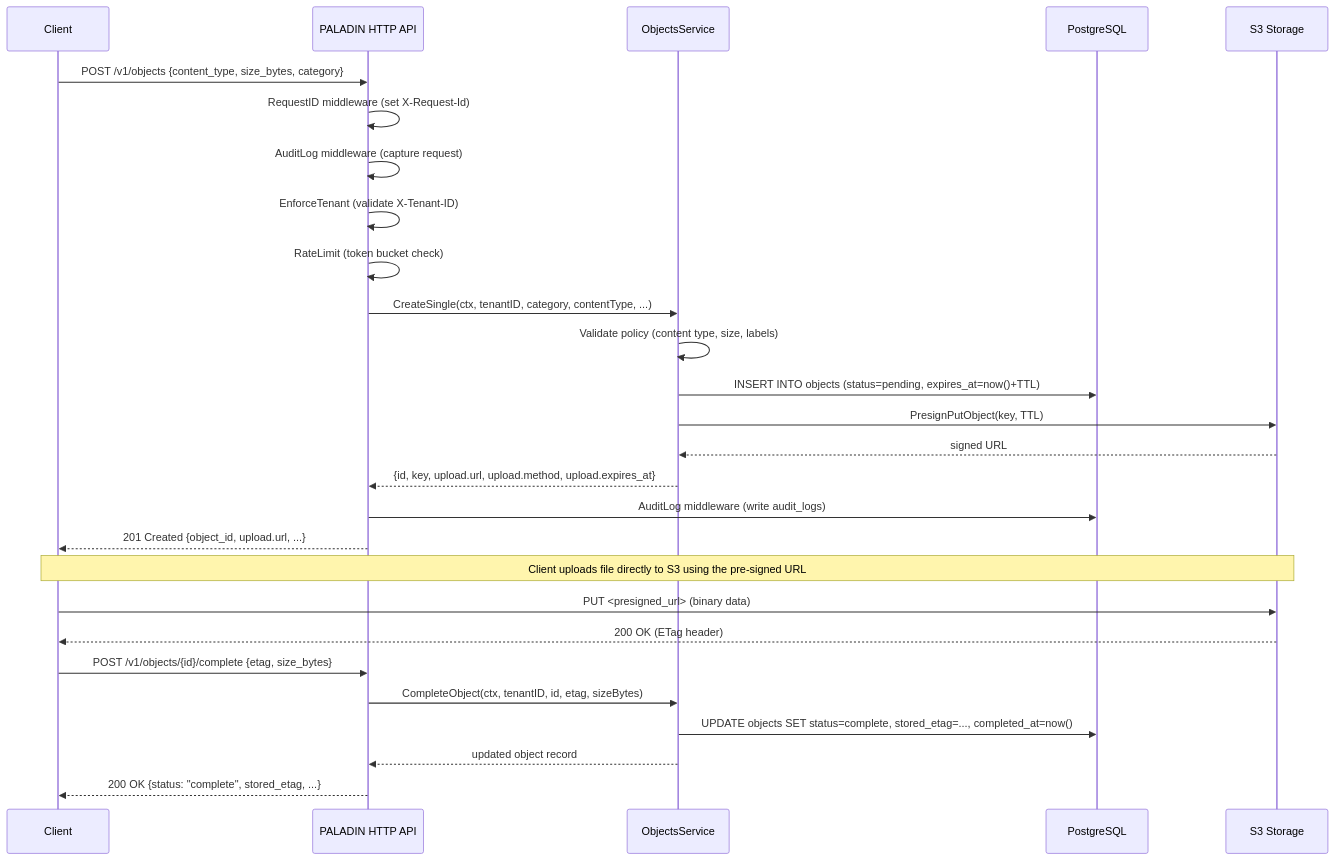
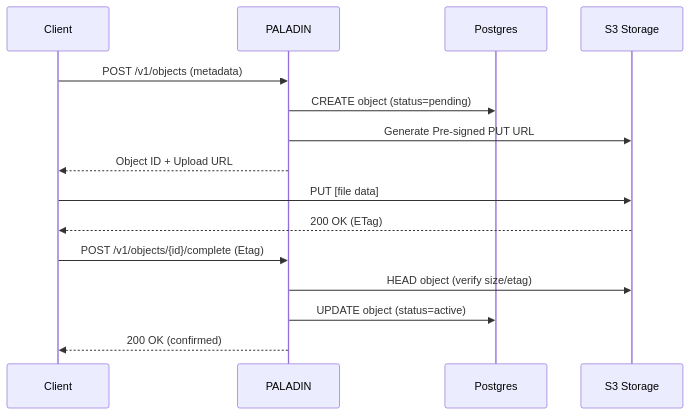
The second of 4 diagrams in docs/diagrams.md (oleg-tkachuk/paladin), drawn with Mermaid before and after one commit. The commit also changed other lines of this file and 9 other files, not shown here.

````diff
--- a/docs/diagrams.md
+++ b/docs/diagrams.md
@@ -44,33 +16,18 @@
 ```mermaid
 sequenceDiagram
-    participant Client
-    participant PALADIN_HTTP as PALADIN HTTP API
-    participant Service as ObjectsService
-    participant DB as PostgreSQL
+    participant C as Client
+    participant PALADIN as PALADIN
+    participant DB as Postgres
     participant S3 as S3 Storage
 
-    Client->>PALADIN_HTTP: POST /v1/objects {content_type, size_bytes, category}
-    PALADIN_HTTP->>PALADIN_HTTP: RequestID middleware (set X-Request-Id)
-    PALADIN_HTTP->>PALADIN_HTTP: AuditLog middleware (capture request)
-    PALADIN_HTTP->>PALADIN_HTTP: EnforceTenant (validate X-Tenant-ID)
-    PALADIN_HTTP->>PALADIN_HTTP: RateLimit (token bucket check)
-    PALADIN_HTTP->>Service: CreateSingle(ctx, tenantID, category, contentType, ...)
-    Service->>Service: Validate policy (content type, size, labels)
-    Service->>DB: INSERT INTO objects (status=pending, expires_at=now()+TTL)
-    Service->>S3: PresignPutObject(key, TTL)
-    S3-->>Service: signed URL
-    Service-->>PALADIN_HTTP: {id, key, upload.url, upload.method, upload.expires_at}
-    PALADIN_HTTP->>DB: AuditLog middleware (write audit_logs)
-    PALADIN_HTTP-->>Client: 201 Created {object_id, upload.url, ...}
-
-    Note over Client,S3: Client uploads file directly to S3 using the pre-signed URL
-
-    Client->>S3: PUT <presigned_url> (binary data)
-    S3-->>Client: 200 OK (ETag header)
-
-    Client->>PALADIN_HTTP: POST /v1/objects/{id}/complete {etag, size_bytes}
-    PALADIN_HTTP->>Service: CompleteObject(ctx, tenantID, id, etag, sizeBytes)
-    Service->>DB: UPDATE objects SET status=complete, stored_etag=..., completed_at=now()
-    Service-->>PALADIN_HTTP: updated object record
-    PALADIN_HTTP-->>Client: 200 OK {status: "complete", stored_etag, ...}
+    C->>PALADIN: POST /v1/objects (metadata)
+    PALADIN->>DB: CREATE object (status=pending)
+    PALADIN->>S3: Generate Pre-signed PUT URL
+    PALADIN-->>C: Object ID + Upload URL
+    C->>S3: PUT [file data]
+    S3-->>C: 200 OK (ETag)
+    C->>PALADIN: POST /v1/objects/{id}/complete (Etag)
+    PALADIN->>S3: HEAD object (verify size/etag)
+    PALADIN->>DB: UPDATE object (status=active)
+    PALADIN-->>C: 200 OK (confirmed)
 ```
````
